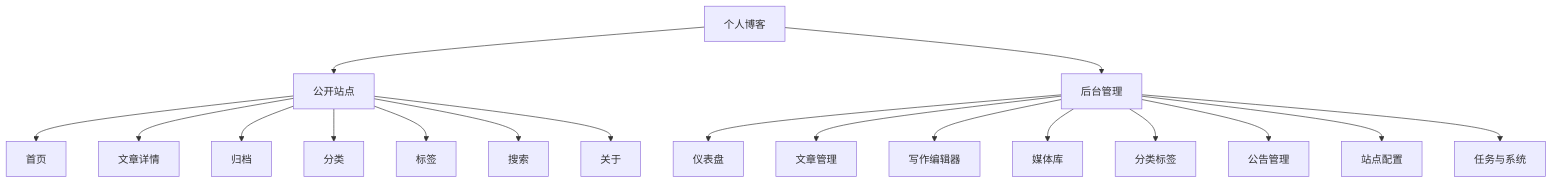
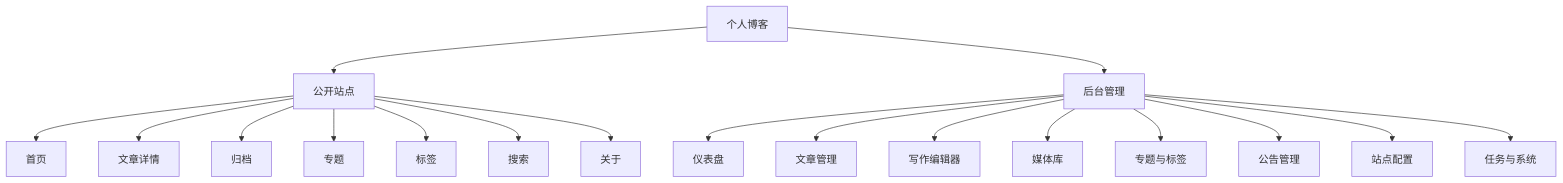
Before and after one commit to SolitudeKing/blog: the diagram in docs/02-product-and-interaction-design.md, drawn with Mermaid. The commit also changed other lines of this file and 59 other files, not shown here.

````diff
--- a/docs/02-product-and-interaction-design.md
+++ b/docs/02-product-and-interaction-design.md
@@ -20,20 +20,20 @@
 ```mermaid
 flowchart TD
   Root[个人博客] --> Public[公开站点]
   Root --> Admin[后台管理]
   Public --> Home[首页]
   Public --> Article[文章详情]
   Public --> Archives[归档]
-  Public --> Categories[分类]
+  Public --> Topics[专题]
   Public --> Tags[标签]
   Public --> Search[搜索]
   Public --> About[关于]
   Admin --> Dashboard[仪表盘]
   Admin --> ArticleManage[文章管理]
   Admin --> Editor[写作编辑器]
   Admin --> Media[媒体库]
-  Admin --> Taxonomy[分类标签]
+  Admin --> Taxonomy[专题与标签]
   Admin --> Notice[公告管理]
   Admin --> Settings[站点配置]
   Admin --> Tasks[任务与系统]
 ```
````
